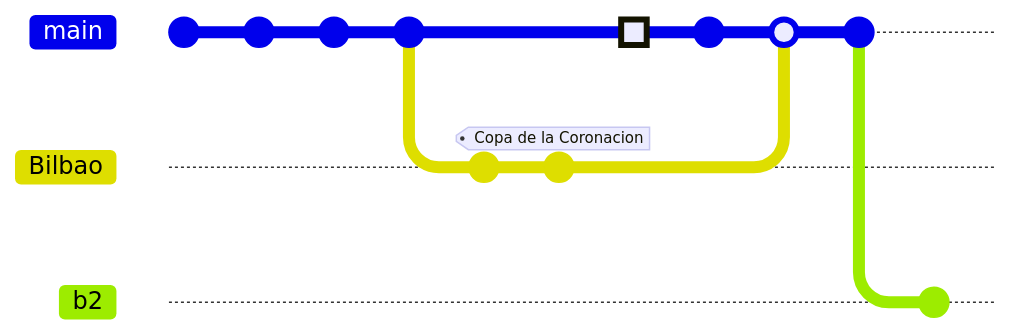
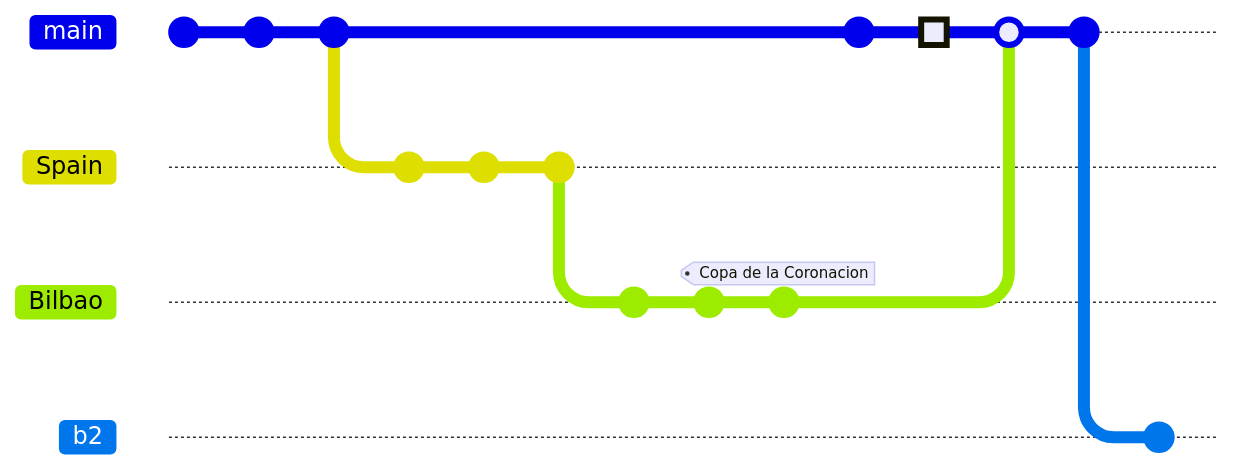
The diagram in README.md (sarnobat/atleticomadrid), drawn with Mermaid before and after one commit. Commit ids are hidden.

````diff
--- a/README.md
+++ b/README.md
@@ -6,18 +6,22 @@
 ```mermaid
 gitGraph:
     commit id: "1847 Eton rules football published"
     commit id: "1863 October FA rules created"
     commit id: "1863 FA Founded in London"
+    branch Spain
     commit id: "1889 December 23 Recreativo Huelva founded"
+    commit id: "1890 Sevilla founded"
+    commit id: "1898 Barcelona founded"
     branch Bilbao
+    commit id: "1898 July 18 Bilbao founded"
     checkout Bilbao
-    commit id:"1903"
+    commit id: "1903"
     commit tag:"Copa de la Coronacion"
     checkout main
-    commit type: HIGHLIGHT
-    commit
+    commit id: "highlight"
+    commit type: HIGHLIGHT id: "highlight2"
     merge Bilbao
     commit
     branch b2
     commit
 ```
````
